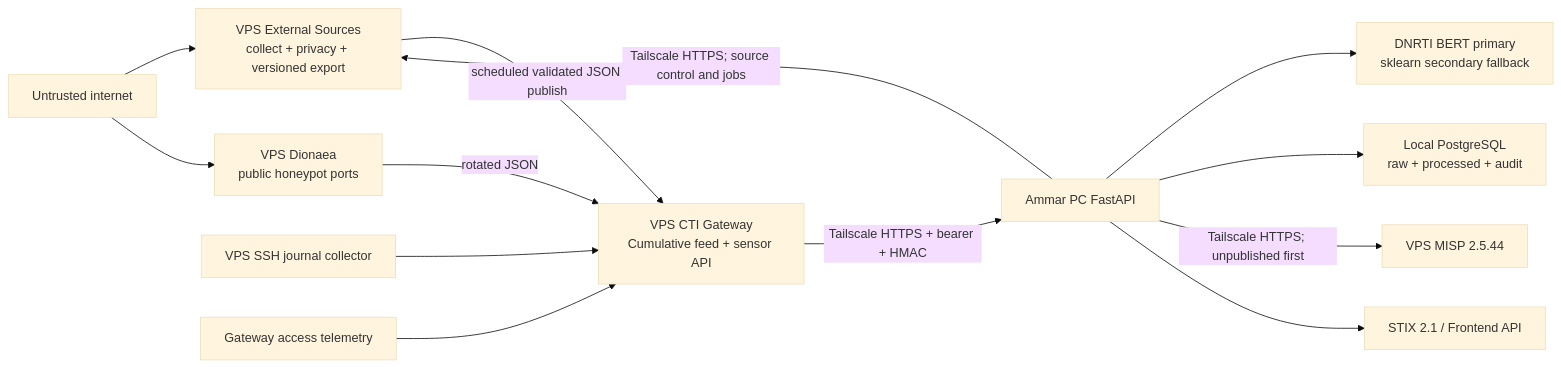
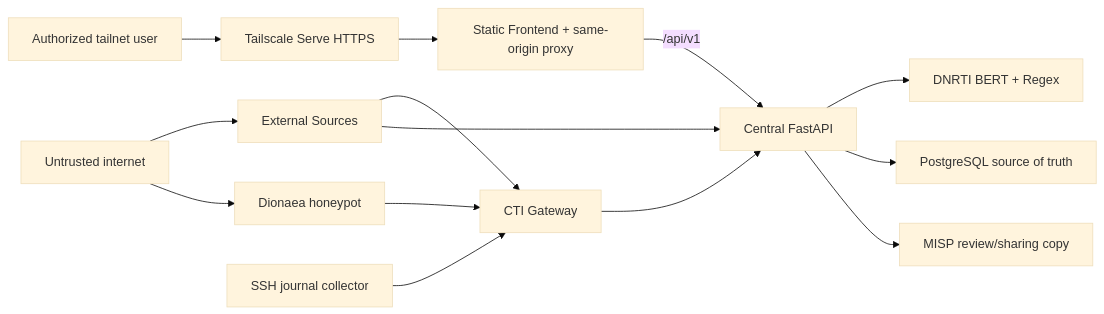
Before and after one commit to AmmarAikan/CTI-Tool: the diagram in docs/architecture/cloud_distributed_architecture.md, drawn with Mermaid (base theme). The commit also changed other lines of this file and 27 other files, not shown here.

Commit message:
feat: deploy CTI platform fully on VPS

````diff
--- a/docs/architecture/cloud_distributed_architecture.md
+++ b/docs/architecture/cloud_distributed_architecture.md
@@ -7,15 +18,18 @@
 ```mermaid
 flowchart LR
-    Internet["Untrusted internet"] --> External["VPS External Sources\ncollect + privacy + versioned export"]
-    External -->|"scheduled validated JSON publish"| Gateway["VPS CTI Gateway\nCumulative feed + sensor API"]
-    Internet --> Dionaea["VPS Dionaea\npublic honeypot ports"]
-    Dionaea -->|"rotated JSON"| Gateway
-    SSHLog["VPS SSH journal collector"] --> Gateway
-    WebLog["Gateway access telemetry"] --> Gateway
-    Gateway -->|"Tailscale HTTPS + bearer + HMAC"| API["Ammar PC FastAPI"]
-    API -->|"Tailscale HTTPS; source control and jobs"| External
-    API --> BERT["DNRTI BERT primary\nsklearn secondary fallback"]
-    API --> PG["Local PostgreSQL\nraw + processed + audit"]
-    API -->|"Tailscale HTTPS; unpublished first"| MISP["VPS MISP 2.5.44"]
-    API --> STIX["STIX 2.1 / Frontend API"]
+    Operator["Authorized tailnet user"] --> TS["Tailscale Serve HTTPS"]
+    TS --> Frontend["Static Frontend + same-origin proxy"]
+    Frontend -->|"/api/v1"| API["Central FastAPI"]
+
+    Internet["Untrusted internet"] --> External["External Sources"]
+    External --> Gateway["CTI Gateway"]
+    Internet --> Dionaea["Dionaea honeypot"]
+    Dionaea --> Gateway
+    SSHLog["SSH journal collector"] --> Gateway
+    Gateway --> API
+    External --> API
+
+    API --> BERT["DNRTI BERT + Regex"]
+    API --> PG["PostgreSQL source of truth"]
+    API --> MISP["MISP review/sharing copy"]
 ```
````
